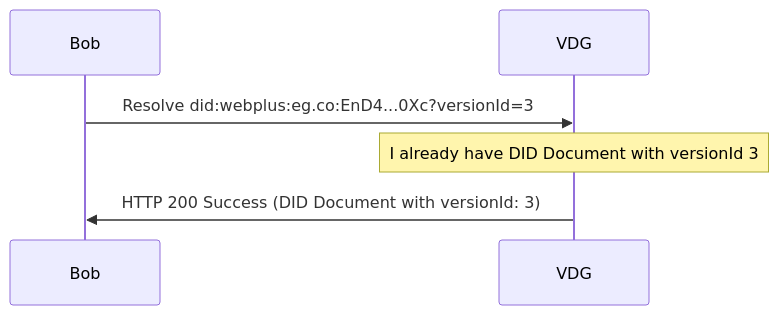
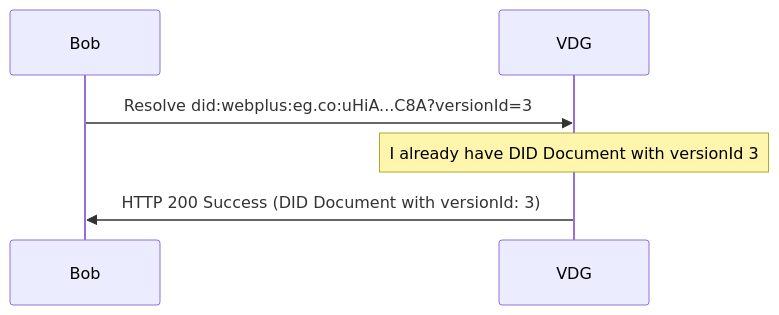
Diagram 17 of 26 in spec.md (LedgerDomain/did-webplus-spec), drawn with Mermaid before and after one commit. The commit also changed other lines of this file and 3 other files, not shown here.

````diff
--- a/spec.md
+++ b/spec.md
@@ -662,6 +596,6 @@
 ```mermaid
 sequenceDiagram
-    Bob->>VDG: Resolve did:webplus:eg.co:EnD4...0Xc?versionId=3
+    Bob->>VDG: Resolve did:webplus:eg.co:uHiA...C8A?versionId=3
     Note over VDG: I already have DID Document with versionId 3
     VDG->>Bob: HTTP 200 Success (DID Document with versionId: 3)
 ```
````
